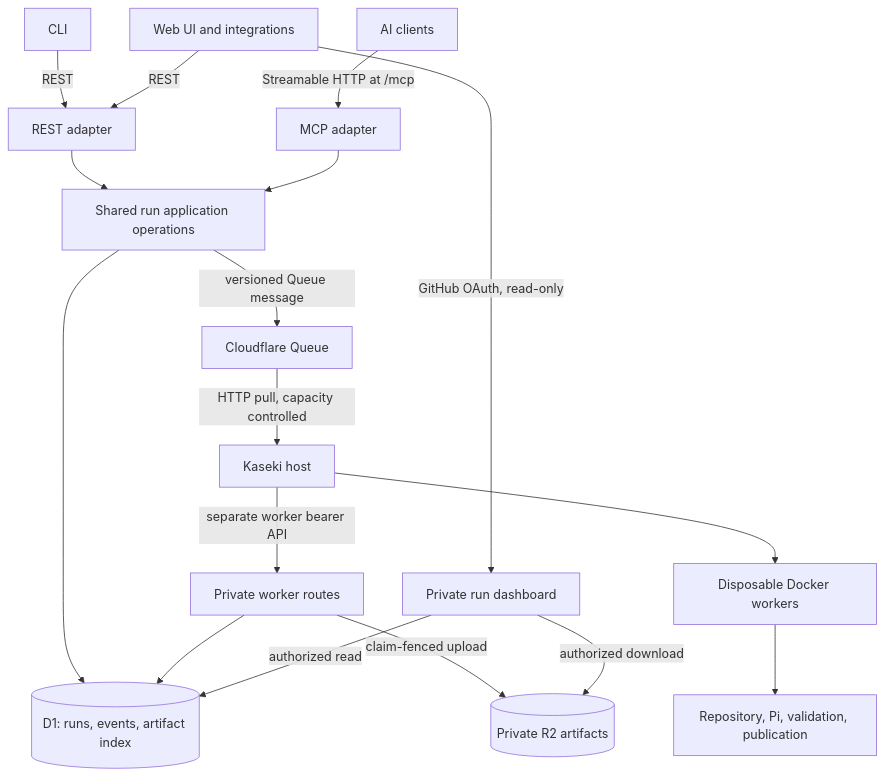
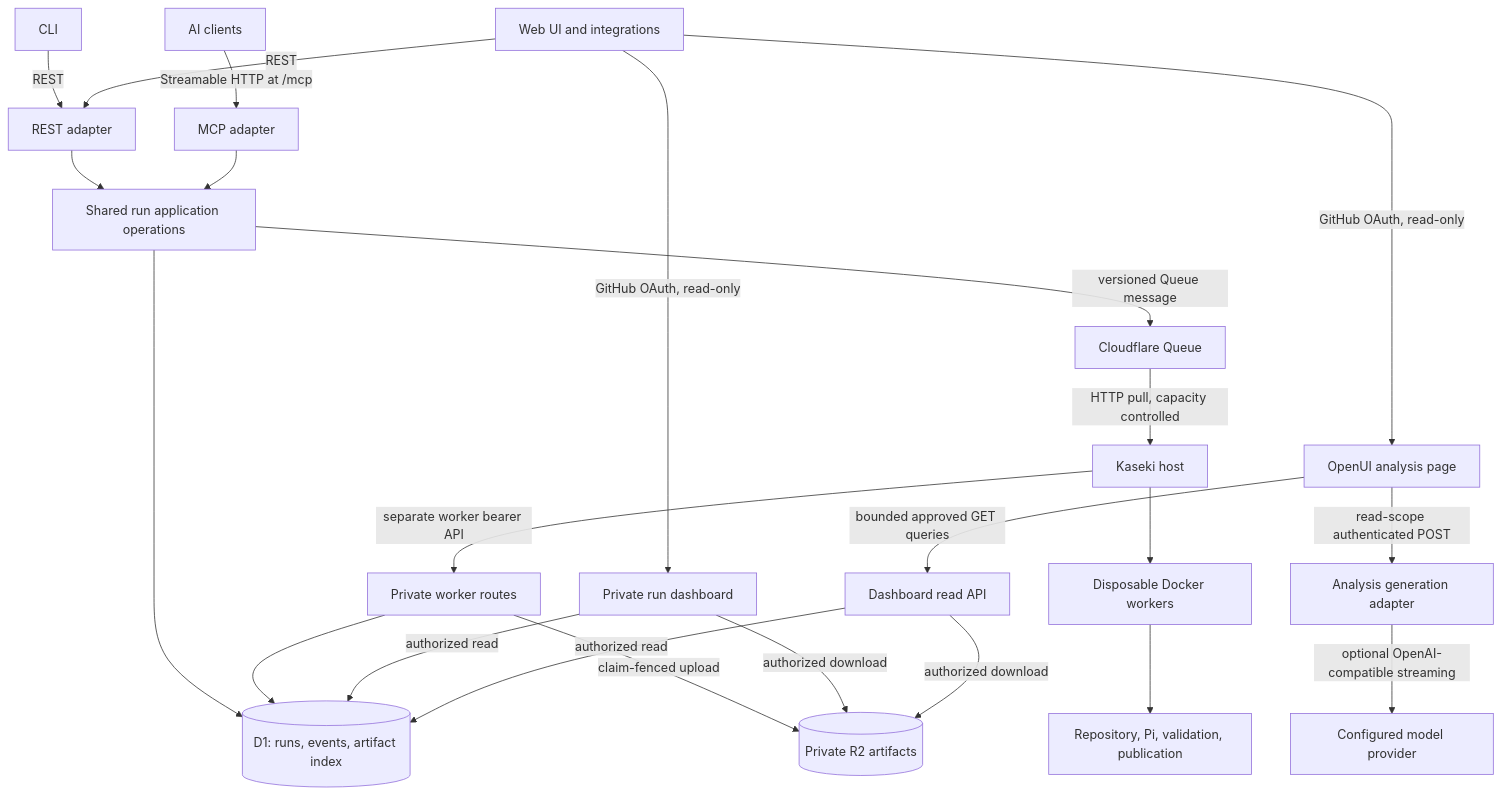
The first of 2 diagrams in docs/ARCHITECTURE.md (CyanAutomation/soyuz), drawn with Mermaid before and after one commit. The commit also changed other lines of this file and 6 other files, not shown here.

Commit message:
docs(analysis): document OpenUI integration and security

````diff
--- a/docs/ARCHITECTURE.md
+++ b/docs/ARCHITECTURE.md
@@ -3,19 +3,25 @@
 ```mermaid
 flowchart TD
     CLI[CLI] -->|REST| REST[REST adapter]
     UI[Web UI and integrations] -->|REST| REST
     UI -->|GitHub OAuth, read-only| Dashboard[Private run dashboard]
+    UI -->|GitHub OAuth, read-only| Analysis[OpenUI analysis page]
+    Analysis -->|bounded approved GET queries| DashboardApi[Dashboard read API]
+    Analysis -->|read-scope authenticated POST| Generation[Analysis generation adapter]
+    Generation -->|optional OpenAI-compatible streaming| Provider[Configured model provider]
     AI[AI clients] -->|Streamable HTTP at /mcp| MCP[MCP adapter]
     REST --> App[Shared run application operations]
     MCP --> App
     App --> D1[(D1: runs, events, artifact index)]
     App -->|versioned Queue message| Q[Cloudflare Queue]
     Q -->|HTTP pull, capacity controlled| K[Kaseki host]
     K -->|separate worker bearer API| Worker[Private worker routes]
     Worker --> D1
     Worker -->|claim-fenced upload| R2[(Private R2 artifacts)]
     Dashboard -->|authorized read| D1
     Dashboard -->|authorized download| R2
+    DashboardApi -->|authorized read| D1
+    DashboardApi -->|authorized download| R2
     K --> Docker[Disposable Docker workers]
     Docker --> Repo[Repository, Pi, validation, publication]
 ```
````
